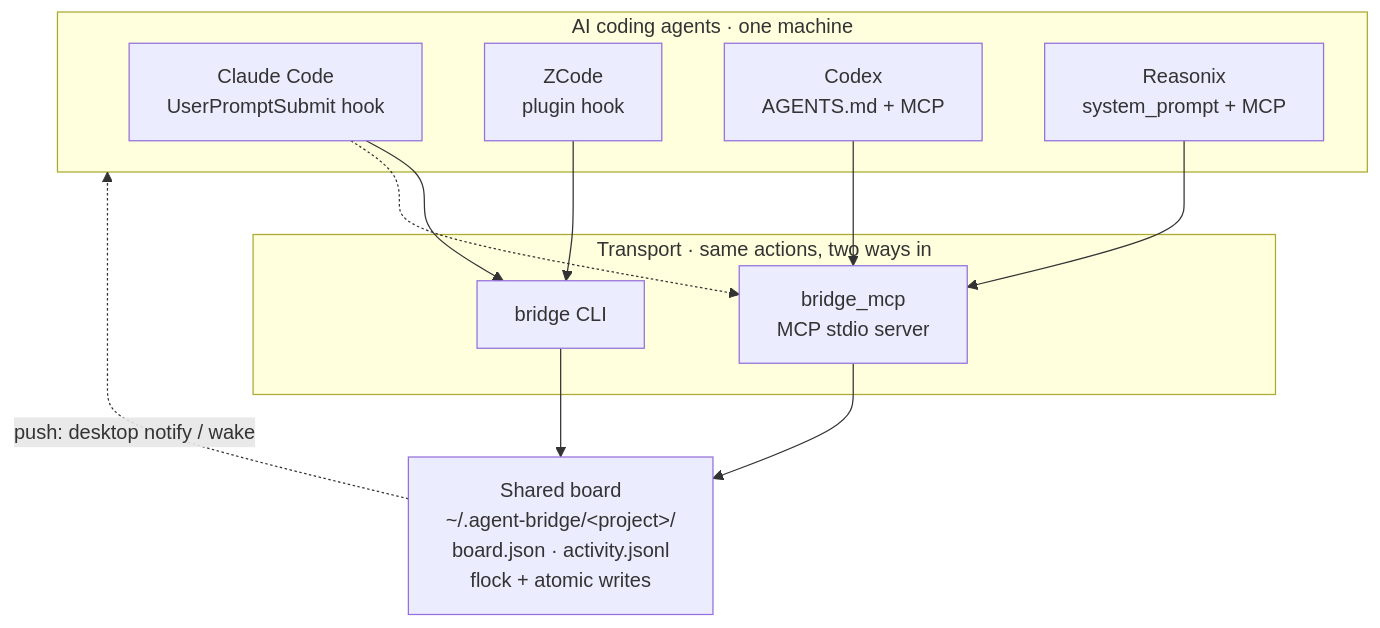
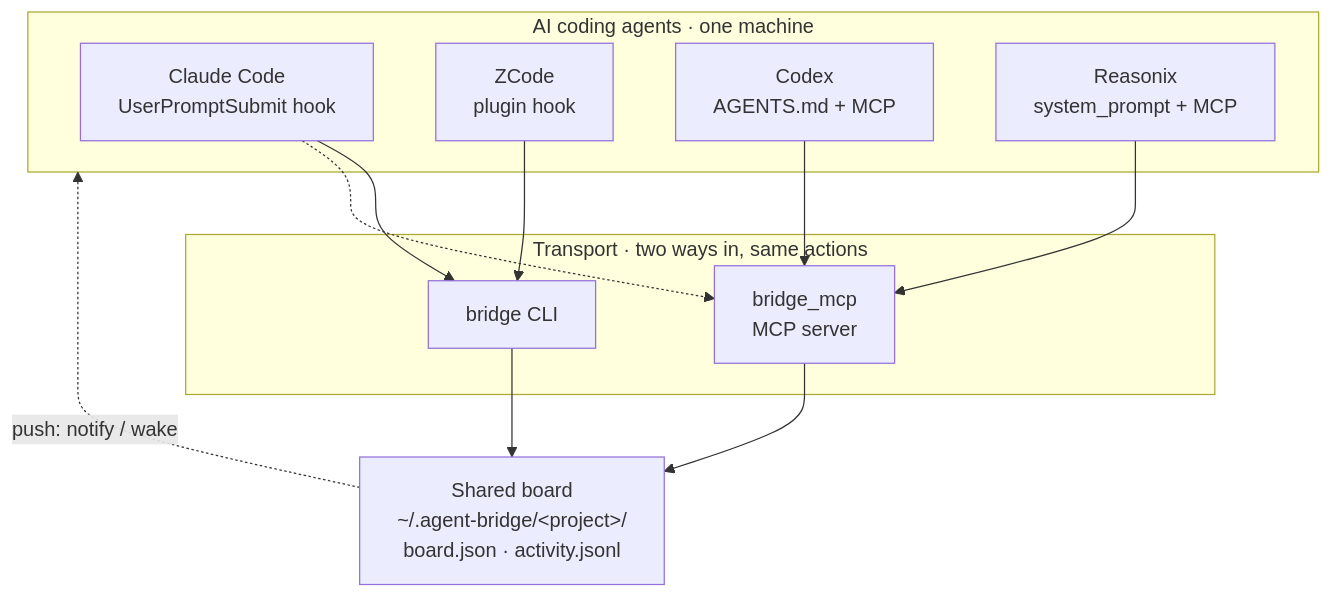
Before and after one commit to xyva-yuangui/agent-bridge: the diagram in README.md, drawn with Mermaid. The commit also changed other lines of this file and 1 other file, not shown here.

````diff
--- a/README.md
+++ b/README.md
@@ -100,23 +39,23 @@
 ```mermaid
 flowchart TB
     subgraph A["AI coding agents · one machine"]
         C["Claude Code<br/>UserPromptSubmit hook"]
         Z["ZCode<br/>plugin hook"]
         X["Codex<br/>AGENTS.md + MCP"]
         R["Reasonix<br/>system_prompt + MCP"]
     end
-    subgraph T["Transport · same actions, two ways in"]
+    subgraph T["Transport · two ways in, same actions"]
         CLI["bridge CLI"]
-        MCP["bridge_mcp<br/>MCP stdio server"]
+        MCP["bridge_mcp<br/>MCP server"]
     end
-    BOARD["Shared board<br/>~/.agent-bridge/&lt;project&gt;/<br/>board.json · activity.jsonl<br/>flock + atomic writes"]
+    BOARD["Shared board<br/>~/.agent-bridge/&lt;project&gt;/<br/>board.json · activity.jsonl"]
 
     C --> CLI
     Z --> CLI
     X --> MCP
     R --> MCP
     C -.-> MCP
     CLI --> BOARD
     MCP --> BOARD
-    BOARD -. "push: desktop notify / wake" .-> A
+    BOARD -. "push: notify / wake" .-> A
 ```
````
